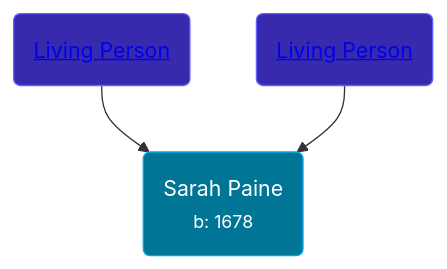
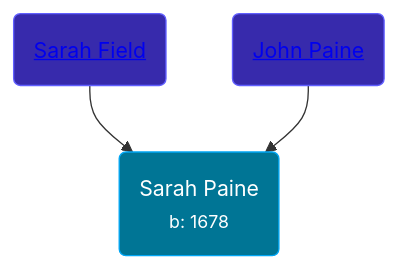
One commit to wpmgotkh/wpmgotkh.github.io changed the diagram in pages/people/6/64473277.md. Above: the diagram before and after it, drawn with Mermaid. The commit also changed other lines of this file and 586 other files, not shown here.

Commit message:
feat: better shouldConsiderPersonLiving algo

````diff
--- a/pages/people/6/64473277.md
+++ b/pages/people/6/64473277.md
@@ -11,9 +11,9 @@
 ```mermaid
 graph
 classDef grands fill:#193cb8,stroke:#2b7fff,stroke-width:1px,color:#fff;
 classDef parents fill:#372aac,stroke:#615fff,stroke-width:1px,color:#fff;
 classDef primary fill:#007595,stroke:#00a6f4,stroke-width:1px,color:#fff;
 64473277(Sarah Paine<br /><small>b: 1678</small>):::primary
-52998406(<a class="text-white" href="/people/5/52998406">Living Person</a>):::parents-->64473277
-94145877(<a class="text-white" href="/people/9/94145877">Living Person</a>):::parents-->64473277
+52998406(<a class="text-white" href="/people/5/52998406">Sarah Field</a>):::parents-->64473277
+94145877(<a class="text-white" href="/people/9/94145877">John Paine</a>):::parents-->64473277
 ```
````
